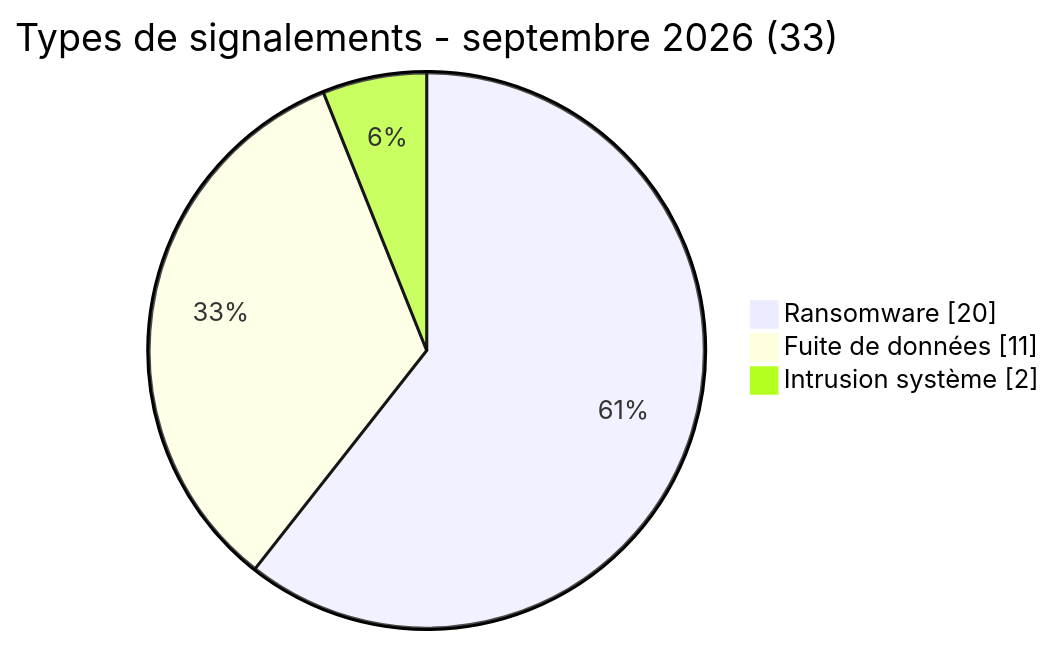
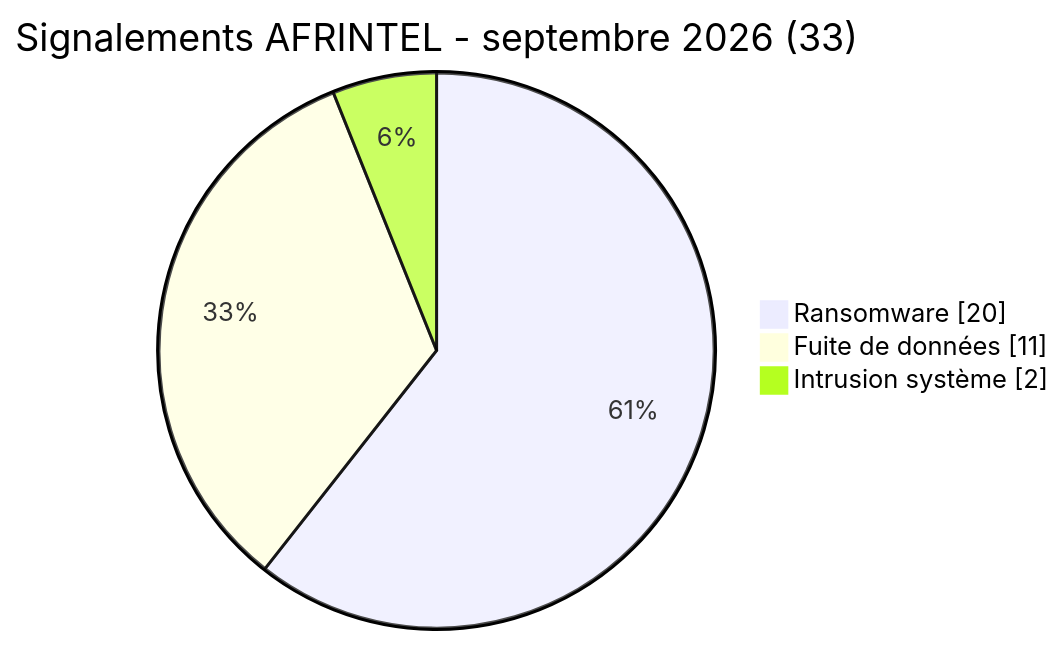
One commit to Hatchepsoute/AFRINTEL changed the diagram in CyberAttackAfrica/2026/09-september/README_FR.md. Above: the diagram before and after it, drawn with Mermaid. The commit also changed other lines of this file and 45 other files, not shown here.

````diff
--- a/CyberAttackAfrica/2026/09-september/README_FR.md
+++ b/CyberAttackAfrica/2026/09-september/README_FR.md
@@ -52,7 +80,7 @@
 ```mermaid
 pie showData
-    title Types de signalements - septembre 2026 (33)
+    title Signalements AFRINTEL - septembre 2026 (33)
     "Ransomware" : 20
     "Fuite de données" : 11
     "Intrusion système" : 2
 ```
````
